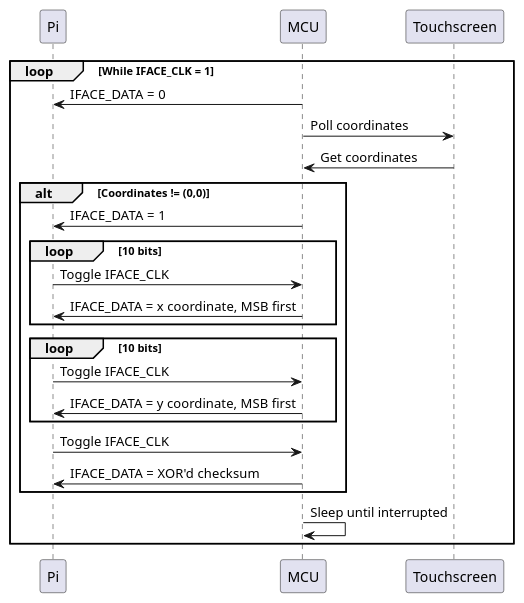
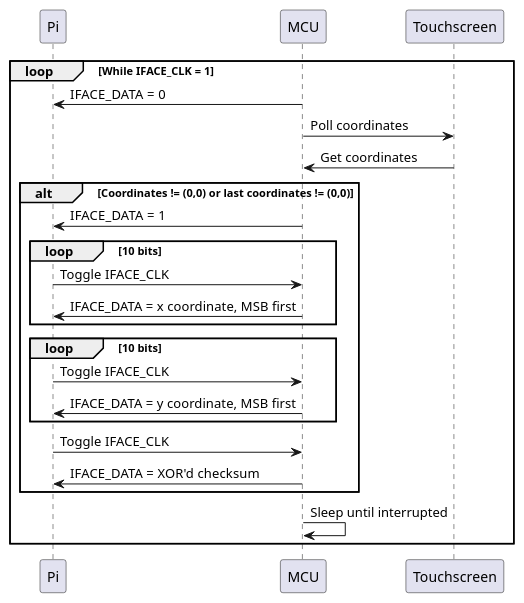
Before and after one commit to wooky/pi-tsi: the diagram in driver.puml, drawn with PlantUML.

Commit message:
Update driver UML diagram

```diff
--- a/driver.puml
+++ b/driver.puml
@@ -1,25 +1,25 @@
 @startuml driver
 participant Pi
 participant MCU
 participant Touchscreen as ts
 
 loop While IFACE_CLK = 1
     Pi <- MCU: IFACE_DATA = 0
     MCU -> ts: Poll coordinates
     MCU <- ts: Get coordinates
-    alt Coordinates != (0,0)
+    alt Coordinates != (0,0) or last coordinates != (0,0)
         Pi <- MCU: IFACE_DATA = 1
         loop 10 bits
             Pi -> MCU: Toggle IFACE_CLK
             Pi <- MCU: IFACE_DATA = x coordinate, MSB first
         end
         loop 10 bits
             Pi -> MCU: Toggle IFACE_CLK
             Pi <- MCU: IFACE_DATA = y coordinate, MSB first
         end
         Pi -> MCU: Toggle IFACE_CLK
         Pi <- MCU: IFACE_DATA = XOR'd checksum
     end
     MCU -> MCU: Sleep until interrupted
 end
 @enduml
```
